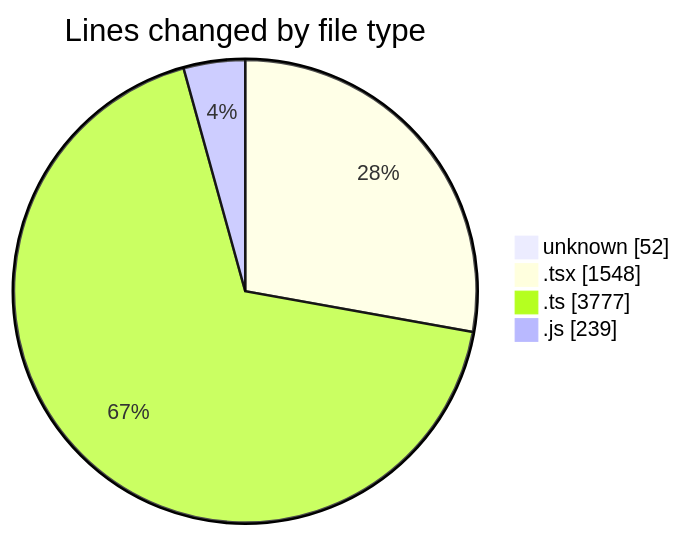
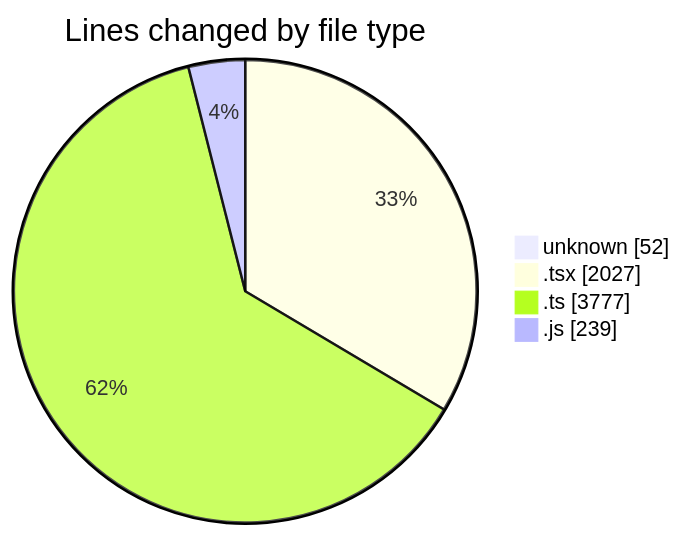
One commit to CELIANVF/code-tracking changed the first of 2 diagrams in 2025-06-02/ecodeli-1/README.md. Above: the diagram before and after it, drawn with Mermaid. The commit also changed other lines of this file and 1 other file, not shown here.

````diff
--- a/2025-06-02/ecodeli-1/README.md
+++ b/2025-06-02/ecodeli-1/README.md
@@ -51,8 +52,8 @@
 ```mermaid
 pie showData
 title Lines changed by file type
 "unknown" : 52
-".tsx" : 1548
+".tsx" : 2027
 ".ts" : 3777
 ".js" : 239
 ```
````
